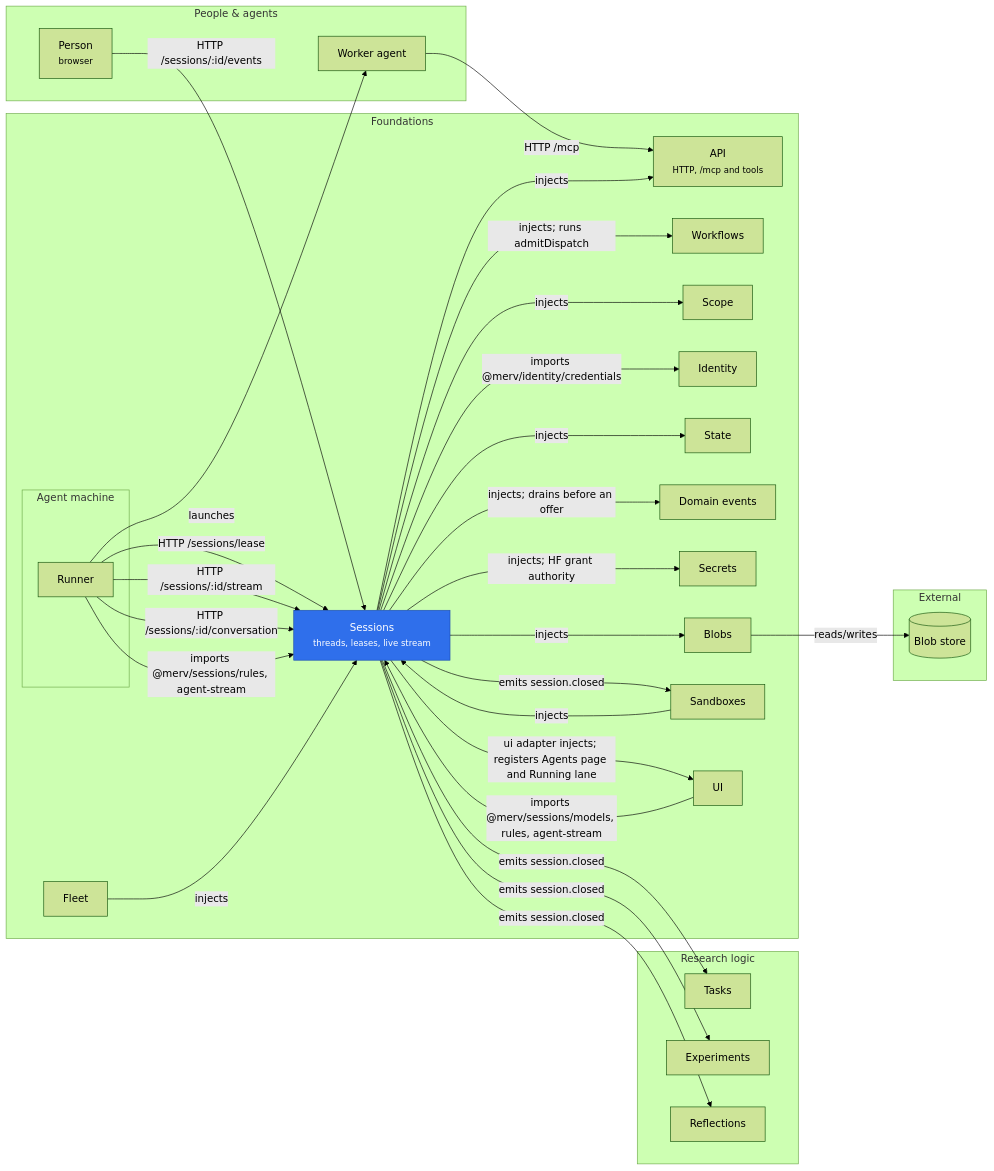
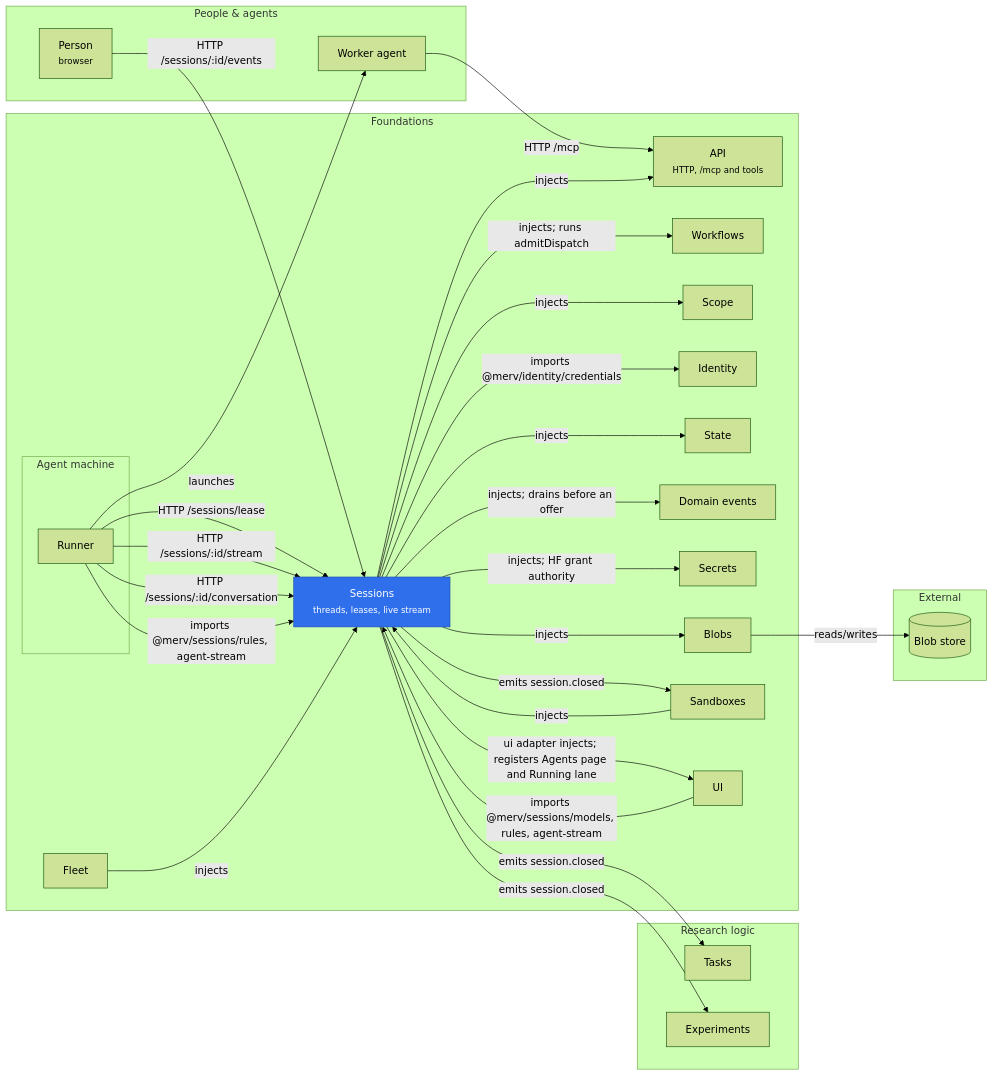
One commit to rapidreview-io/Merv changed the diagram in merv-typescript/packages/sessions/README.md. Above: the diagram before and after it, drawn with Mermaid (forest theme). The commit also changed other lines of this file and 132 other files, not shown here.

````diff
--- a/merv-typescript/packages/sessions/README.md
+++ b/merv-typescript/packages/sessions/README.md
@@ -20,58 +20,56 @@
 ```mermaid
 flowchart LR
   subgraph peopleLayer["People & agents"]
     person["Person<br/><small>browser</small>"]
     workerAgent["Worker agent"]
   end
   subgraph researchLayer["Research logic"]
     tasks["Tasks"]
     experiments["Experiments"]
-    reflections["Reflections"]
   end
   subgraph foundationsLayer["Foundations"]
     subgraph machine["Agent machine"]
       runner["Runner"]
     end
     api["API<br/><small>HTTP, /mcp and tools</small>"]
     sessions["Sessions<br/><small>threads, leases, live stream</small>"]
     workflows["Workflows"]
     scope["Scope"]
     identity["Identity"]
     state["State"]
     domainEvents["Domain events"]
     secrets["Secrets"]
     blobs["Blobs"]
     fleet["Fleet"]
     sandboxes["Sandboxes"]
     ui["UI"]
   end
   subgraph externalLayer["External"]
     blobStore[("Blob store")]
   end
   runner -- "launches" --> workerAgent
   runner -- "HTTP /sessions/lease" --> sessions
   runner -- "HTTP /sessions/:id/stream" --> sessions
   runner -- "HTTP /sessions/:id/conversation" --> sessions
   workerAgent -- "HTTP /mcp" --> api
   person -- "HTTP /sessions/:id/events" --> sessions
   sessions -- "injects" --> api
   sessions -- "injects; runs admitDispatch" --> workflows
   sessions -- "injects" --> scope
   sessions -- "imports @merv/identity/credentials" --> identity
   sessions -- "injects" --> state
   sessions -- "injects; drains before an offer" --> domainEvents
   sessions -- "injects; HF grant authority" --> secrets
   runner -- "imports @merv/sessions/rules, agent-stream" --> sessions
   sessions -- "injects" --> blobs
   blobs -- "reads/writes" --> blobStore
   fleet -- "injects" --> sessions
   ui -- "imports @merv/sessions/models, rules, agent-stream" --> sessions
   sessions -- "ui adapter injects; registers Agents page and Running lane" --> ui
   sandboxes -- "injects" --> sessions
   sessions -- "emits session.closed" --> tasks
   sessions -- "emits session.closed" --> experiments
-  sessions -- "emits session.closed" --> reflections
   sessions -- "emits session.closed" --> sandboxes
   classDef self fill:#2f6feb,color:#fff,stroke:#1f4fb0
   class sessions self
 ```
````
